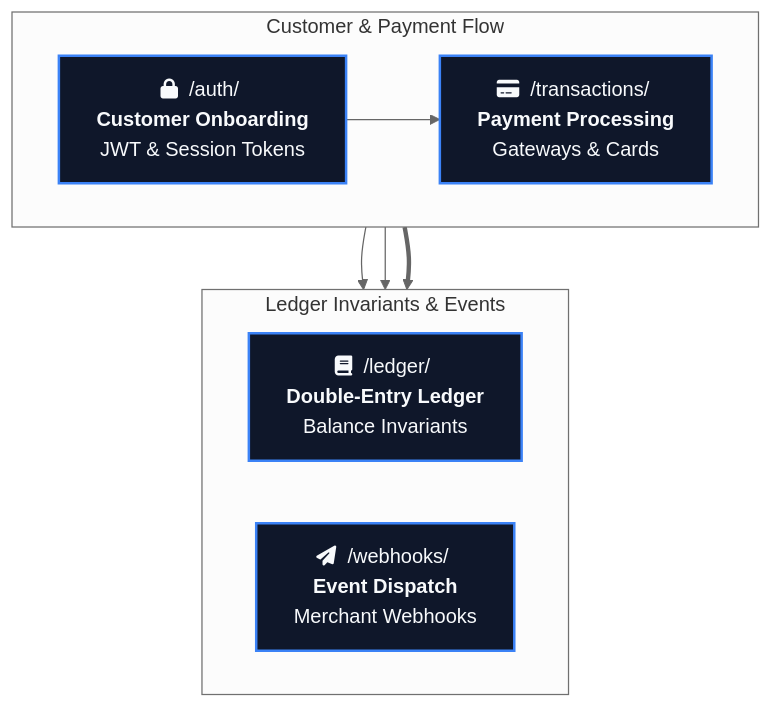
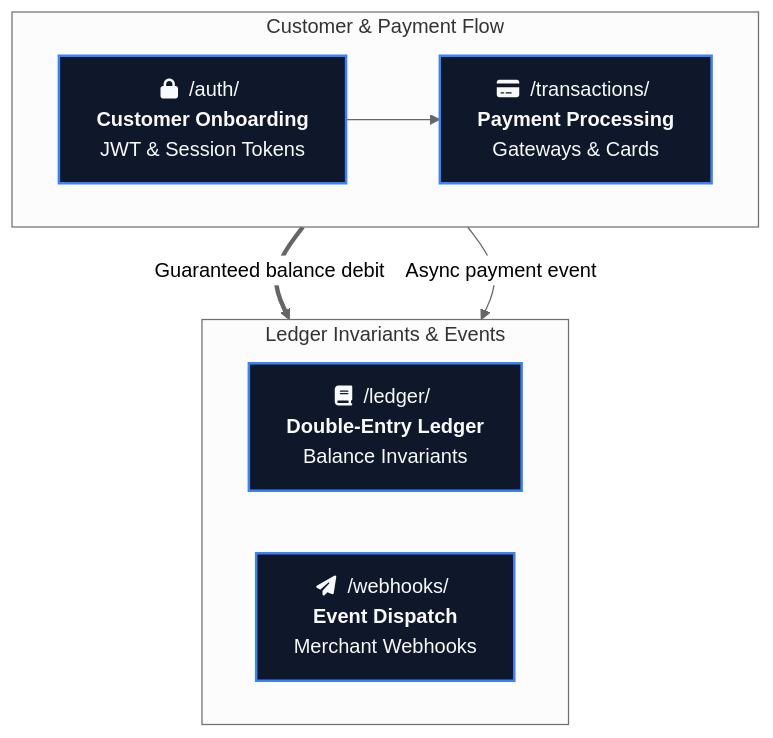
One commit to Dustu103/system-design changed the eighth of 9 diagrams in 01-filestructure/articles/01-your-folder-structure-is-a-message.md. Above: the diagram before and after it, drawn with Mermaid (neutral theme).

Commit message:
refactor: polish fintech diagram flow connections and remove overlap

````diff
--- a/01-filestructure/articles/01-your-folder-structure-is-a-message.md
+++ b/01-filestructure/articles/01-your-folder-structure-is-a-message.md
@@ -236,22 +236,21 @@
 ```mermaid
 flowchart TD
     subgraph INTAKE["Customer & Payment Flow"]
         direction LR
         AUTH["fa:fa-lock &nbsp;/auth/&nbsp;<br/><b>Customer Onboarding</b><br/>JWT & Session Tokens"]
         TXN["fa:fa-credit-card &nbsp;/transactions/&nbsp;<br/><b>Payment Processing</b><br/>Gateways & Cards"]
         AUTH --> TXN
     end
 
     subgraph CORE["Ledger Invariants & Events"]
         direction LR
         LEDGER["fa:fa-book &nbsp;/ledger/&nbsp;<br/><b>Double-Entry Ledger</b><br/>Balance Invariants"]
         HOOKS["fa:fa-paper-plane &nbsp;/webhooks/&nbsp;<br/><b>Event Dispatch</b><br/>Merchant Webhooks"]
     end
 
-    INTAKE ==> CORE
-    TXN --> LEDGER
-    TXN --> HOOKS
+    TXN ==>|"Guaranteed balance debit"| LEDGER
+    TXN -->|"Async payment event"| HOOKS
 
     classDef ft fill:#0f172a,stroke:#3b82f6,stroke-width:2px,color:#f8fafc;
     class AUTH,LEDGER,TXN,HOOKS ft;
 ```
````
